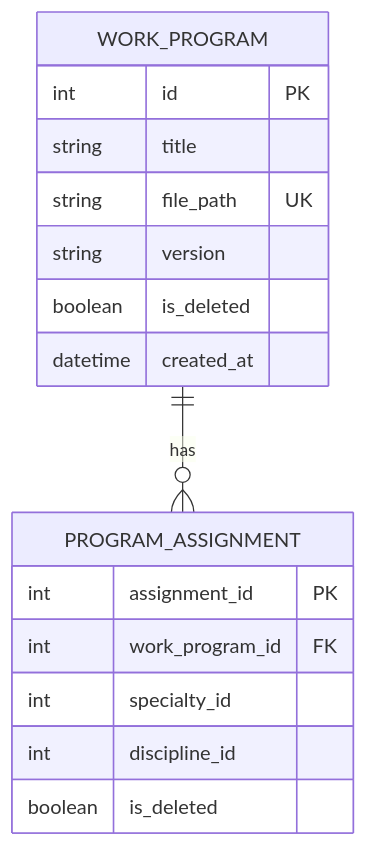
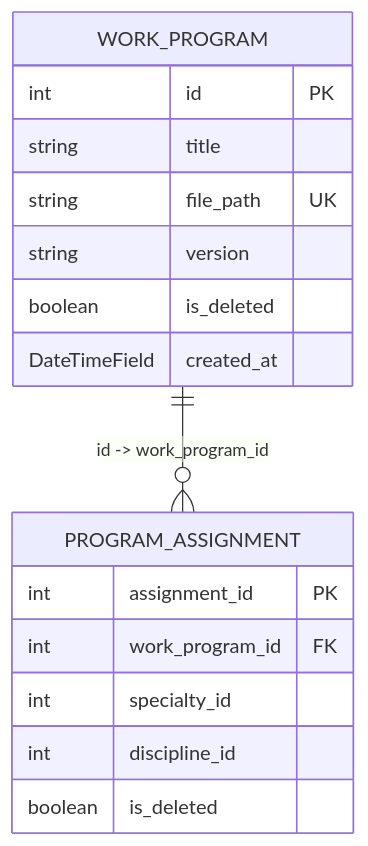
Before and after one commit to YuriSilenok/KPK_UP2_24-1P11: the diagram in S13/doc.md, drawn with Mermaid. The commit also changed other lines of this file, not shown here.

````diff
--- a/S13/doc.md
+++ b/S13/doc.md
@@ -8,20 +7,20 @@
 ```mermaid
 erDiagram
     WORK_PROGRAM {
         int id PK
         string title
         string file_path UK
         string version
         boolean is_deleted
-        datetime created_at
+        DateTimeField created_at
     }
     PROGRAM_ASSIGNMENT {
         int assignment_id PK
         int work_program_id FK
         int specialty_id
         int discipline_id
         boolean is_deleted
     }
 
-    WORK_PROGRAM ||--o{ PROGRAM_ASSIGNMENT : "has"
+    WORK_PROGRAM ||--o{ PROGRAM_ASSIGNMENT : "id -> work_program_id"
 ```
````
